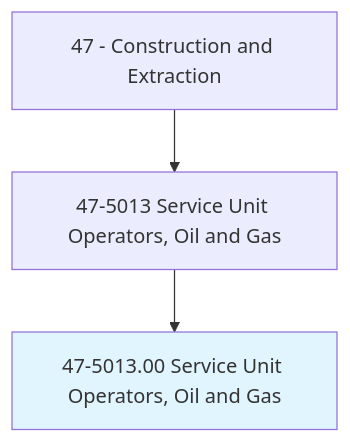
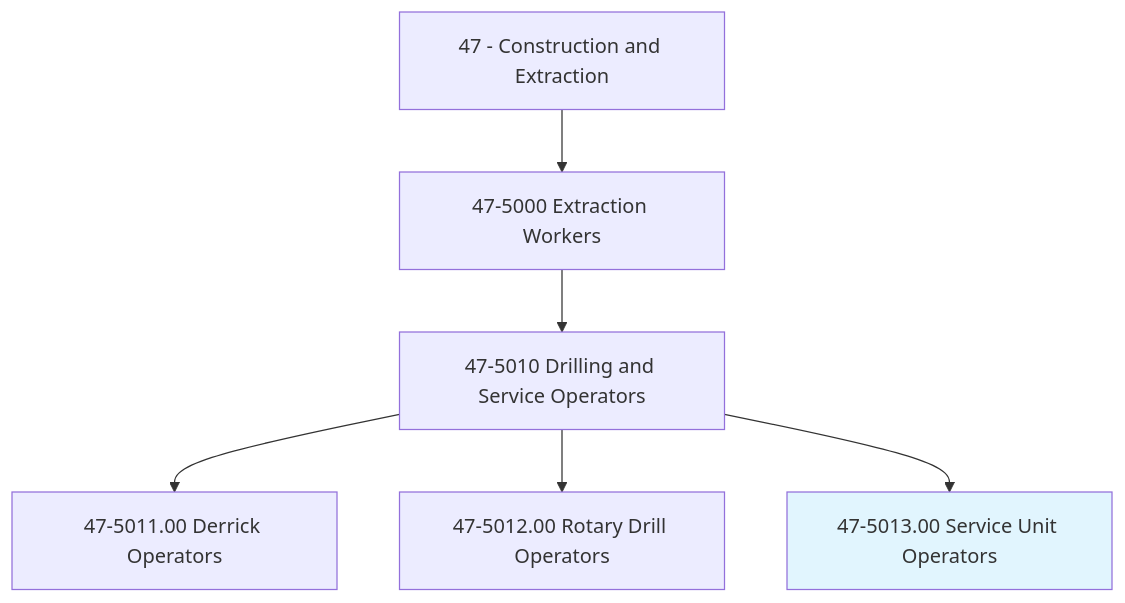
One commit to kziemski/business.org.ai changed the first of 4 diagrams in occupations/Construction/ServiceUnitOperatorsOilAndGas.mdx. Above: the diagram before and after it, drawn with Mermaid. The commit also changed other lines of this file and 938 other files, not shown here.

````diff
--- a/occupations/Construction/ServiceUnitOperatorsOilAndGas.mdx
+++ b/occupations/Construction/ServiceUnitOperatorsOilAndGas.mdx
@@ -19,6 +23,9 @@
 ```mermaid
 graph TD
-    Cat47["47 - Construction and Extraction"] --> Group475013["47-5013 Service Unit Operators, Oil and Gas"]
-    Group475013 --> Current["47-5013.00 Service Unit Operators, Oil and Gas"]
+    Cat47["47 - Construction and Extraction"] --> Group475["47-5000 Extraction Workers"]
+    Group475 --> Group4750["47-5010 Drilling and Service Operators"]
+    Group4750 --> Derrick["47-5011.00 Derrick Operators"]
+    Group4750 --> Rotary["47-5012.00 Rotary Drill Operators"]
+    Group4750 --> Current["47-5013.00 Service Unit Operators"]
     style Current fill:#e1f5fe
 ```
````
